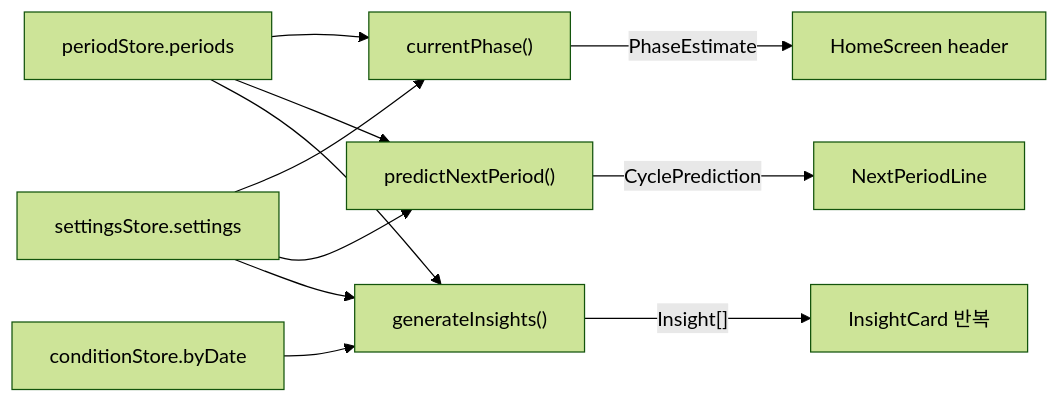
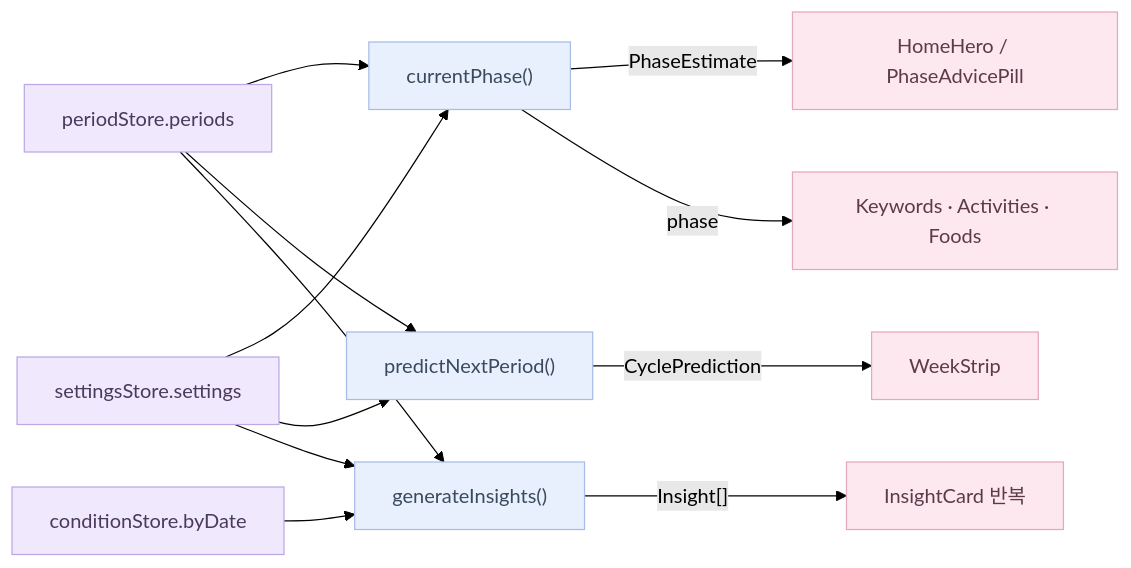
Before and after one commit to soojjung/dwee-wellness-tracker: the second of 3 diagrams in docs/flows/home.md, drawn with Mermaid (forest theme). The commit also changed other lines of this file and 27 other files, not shown here.

First line of the commit message:
feat(home): Figma-matched layout pass + food section + empty-state cards (#6)

````diff
--- a/docs/flows/home.md
+++ b/docs/flows/home.md
@@ -23,14 +35,22 @@
 ```mermaid
 flowchart LR
     PS["periodStore.periods"] --> CP["currentPhase()"]
     SS["settingsStore.settings"] --> CP
     PS --> PNP["predictNextPeriod()"]
     SS --> PNP
     PS --> GI["generateInsights()"]
     CS["conditionStore.byDate"] --> GI
     SS --> GI
 
-    CP -->|"PhaseEstimate"| H["HomeScreen header"]
-    PNP -->|"CyclePrediction"| NPL["NextPeriodLine"]
+    CP -->|"PhaseEstimate"| Hero["HomeHero / PhaseAdvicePill"]
+    CP -->|"phase"| Cards["Keywords · Activities · Foods"]
+    PNP -->|"CyclePrediction"| Strip["WeekStrip"]
     GI -->|"Insight[]"| IC["InsightCard 반복"]
+
+    classDef store fill:#F0E8FD,stroke:#BDA8E5,color:#4A3A5C;
+    classDef logic fill:#E8F0FD,stroke:#A8BDE5,color:#3A4A5C;
+    classDef ui fill:#FDE8EF,stroke:#E5A8BD,color:#5C3A4A;
+    class PS,SS,CS store;
+    class CP,PNP,GI logic;
+    class Hero,Cards,Strip,IC ui;
 ```
````
